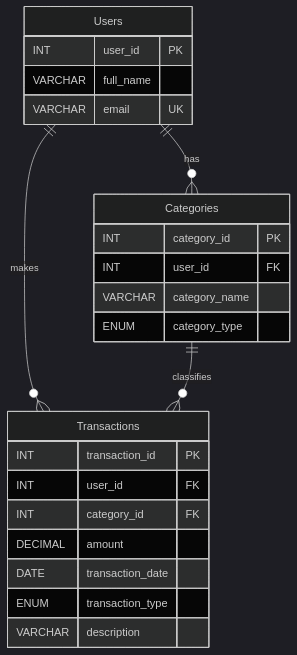
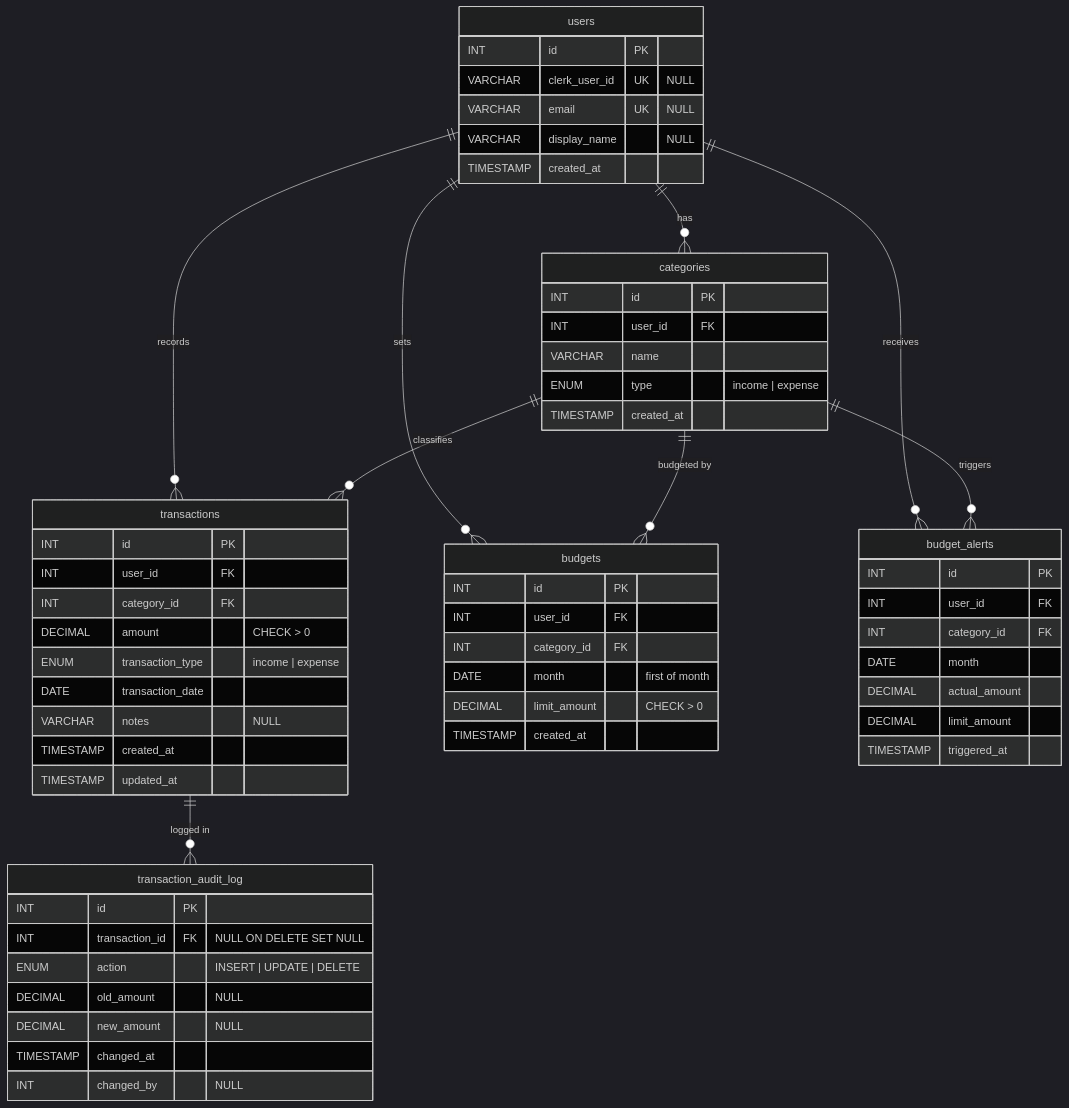
One commit to diaz3618/personal-finance-cs5356 changed the diagram in database/docs/diagrams/er_diagram.md. Above: the diagram before and after it, drawn with Mermaid (dark theme). The commit also changed other lines of this file and 1 other file, not shown here.

Commit message:
Update ER and EER diagrams to the final 6-table schema
Both diagrams previously showed only users, categories, transactions with
PascalCase column names from a discarded earlier schema.

ER diagram: rebuilt around the final 6 tables — users, categories,
transactions, budgets, budget_alerts, transaction_audit_log — with
snake_case columns matching database/init/01-schema.sql and 8 FK
relationships.

EER diagram: same 6 tables with full constraint annotations (CHECKs,
UNIQUE composite keys, ON DELETE behavior). Constraints Detail table
extended with budgets, budget_alerts, and transaction_audit_log rows.
Triggers section now lists the audit triggers
(trg_log_tx_changes_{insert,update,delete}) alongside the type-match
triggers. New Security-Definer Views section documents the four views
the application reads from and the @current_user_id row-level security
mechanism.

````diff
--- a/database/docs/diagrams/er_diagram.md
+++ b/database/docs/diagrams/er_diagram.md
@@ -3,30 +3,69 @@
 ```mermaid
 erDiagram
 
-    Users ||--o{ Categories : "has"
-    Users ||--o{ Transactions : "makes"
-    Categories ||--o{ Transactions : "classifies"
+    users ||--o{ categories : "has"
+    users ||--o{ transactions : "records"
+    users ||--o{ budgets : "sets"
+    users ||--o{ budget_alerts : "receives"
+    categories ||--o{ transactions : "classifies"
+    categories ||--o{ budgets : "budgeted by"
+    categories ||--o{ budget_alerts : "triggers"
+    transactions ||--o{ transaction_audit_log : "logged in"
 
-    Users {
-        INT user_id PK
-        VARCHAR full_name
-        VARCHAR email UK
+    users {
+        INT id PK
+        VARCHAR clerk_user_id UK "NULL"
+        VARCHAR email UK "NULL"
+        VARCHAR display_name "NULL"
+        TIMESTAMP created_at
     }
 
-    Categories {
-        INT category_id PK
+    categories {
+        INT id PK
         INT user_id FK
-        VARCHAR category_name
-        ENUM category_type
+        VARCHAR name
+        ENUM type "income | expense"
+        TIMESTAMP created_at
     }
 
-    Transactions {
-        INT transaction_id PK
+    transactions {
+        INT id PK
         INT user_id FK
         INT category_id FK
-        DECIMAL amount
+        DECIMAL amount "CHECK > 0"
+        ENUM transaction_type "income | expense"
         DATE transaction_date
-        ENUM transaction_type
-        VARCHAR description
+        VARCHAR notes "NULL"
+        TIMESTAMP created_at
+        TIMESTAMP updated_at
+    }
+
+    budgets {
+        INT id PK
+        INT user_id FK
+        INT category_id FK
+        DATE month "first of month"
+        DECIMAL limit_amount "CHECK > 0"
+        TIMESTAMP created_at
+    }
+
+    budget_alerts {
+        INT id PK
+        INT user_id FK
+        INT category_id FK
+        DATE month
+        DECIMAL actual_amount
+        DECIMAL limit_amount
+        TIMESTAMP triggered_at
+    }
+
+    transaction_audit_log {
+        INT id PK
+        INT transaction_id FK "NULL ON DELETE SET NULL"
+        ENUM action "INSERT | UPDATE | DELETE"
+        DECIMAL old_amount "NULL"
+        DECIMAL new_amount "NULL"
+        TIMESTAMP changed_at
+        INT changed_by "NULL"
     }
 ```
````
